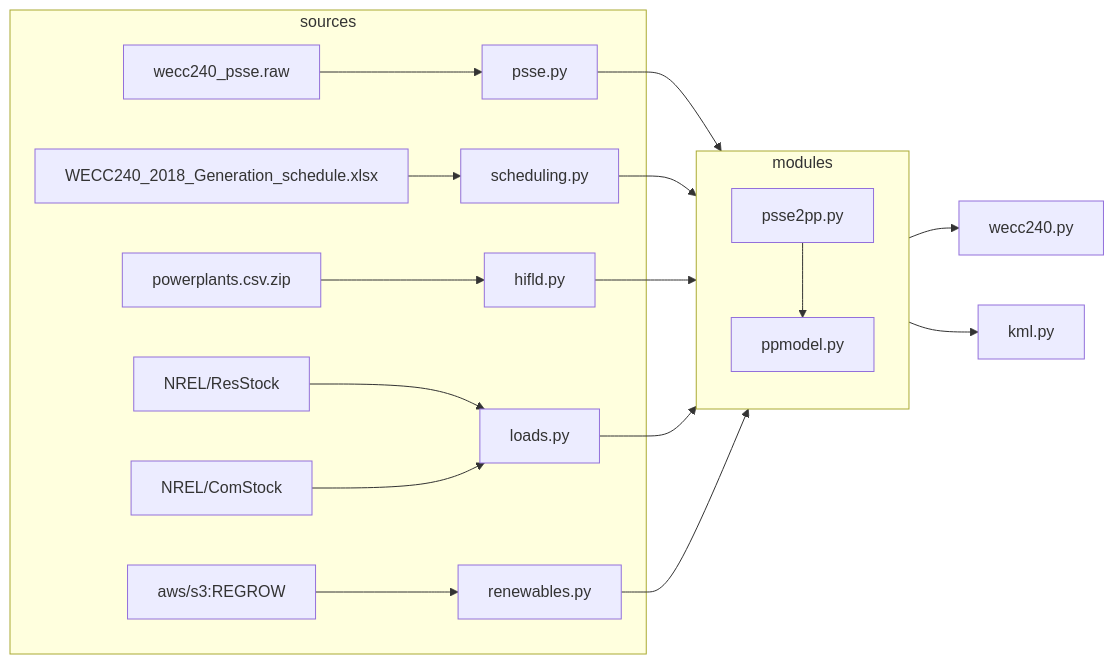
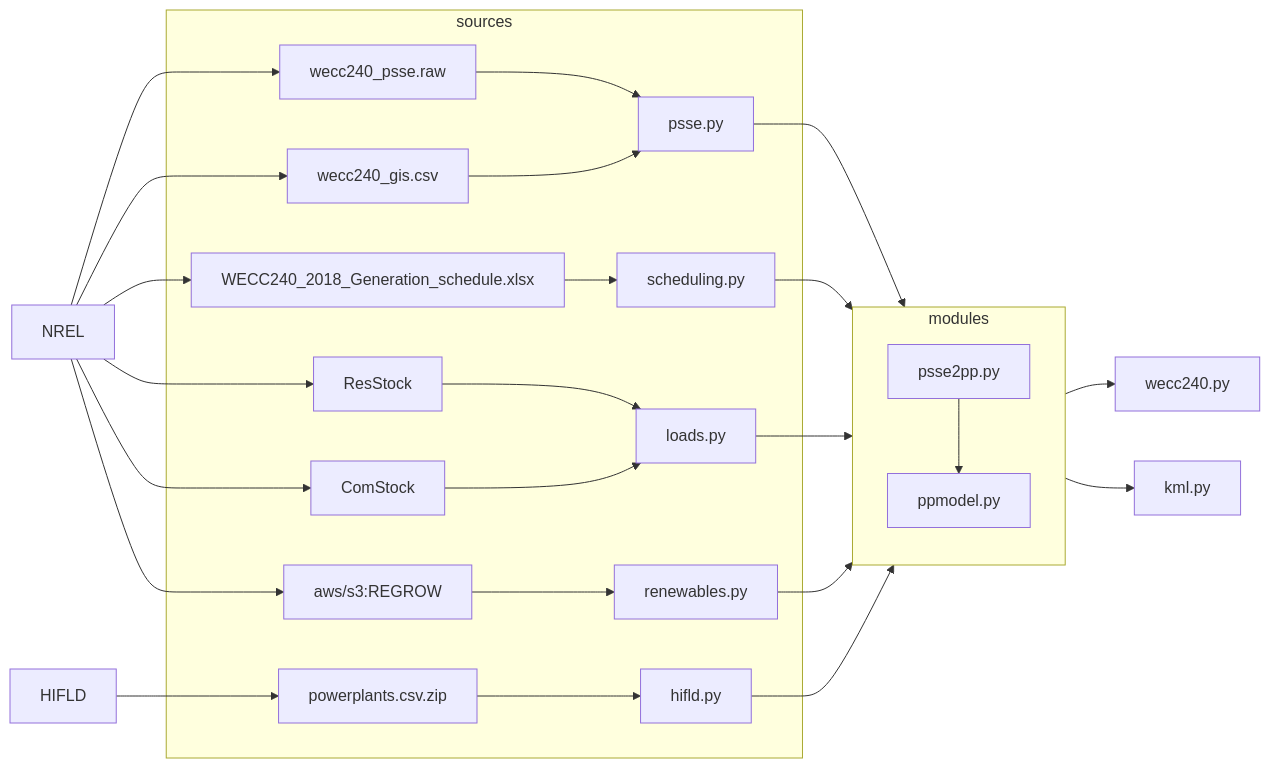
One commit to slacgismo/regrow changed the first of 5 diagrams in pypower/README.md. Above: the diagram before and after it, drawn with Mermaid. The commit also changed other lines of this file, not shown here.

````diff
--- a/pypower/README.md
+++ b/pypower/README.md
@@ -44,26 +44,38 @@
 ```mermaid
 flowchart LR
 
+    NREL --> wecc240_psse.raw
+    NREL --> wecc240_gis.csv
+    NREL --> WECC240_2018_Generation_schedule.xlsx
+    NREL --> ResStock
+    NREL --> ComStock
+    NREL --> aws/s3:REGROW
+
+    HIFLD --> powerplants.csv.zip
+
+
+
     subgraph sources
         wecc240_psse.raw --> psse.py
+        wecc240_gis.csv --> psse.py
         WECC240_2018_Generation_schedule.xlsx --> scheduling.py
         powerplants.csv.zip --> hifld.py
-        NREL/ResStock --> loads.py
-        NREL/ComStock --> loads.py
+        ResStock --> loads.py
+        ComStock --> loads.py
         aws/s3:REGROW --> renewables.py
     end
 
     subgraph modules
         direction TB
         psse.py --> psse2pp.py
         psse2pp.py --> ppmodel.py
         scheduling.py  --> ppmodel.py
         hifld.py --> ppmodel.py
         loads.py --> ppmodel.py
         renewables.py --> ppmodel.py
         ppmodel.py
     end
 
     ppmodel.py --> wecc240.py
     ppmodel.py --> kml.py
 ```
````
